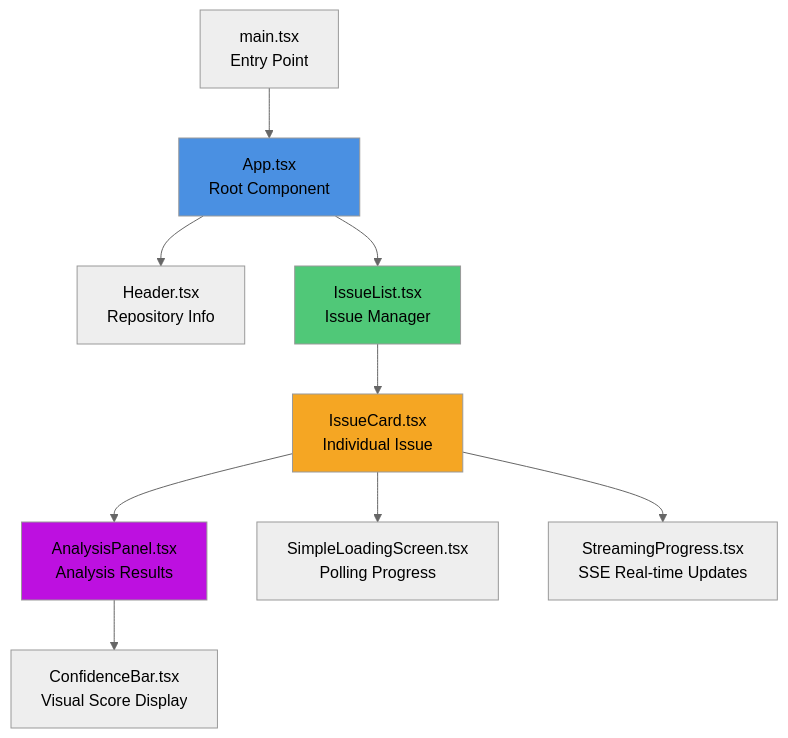
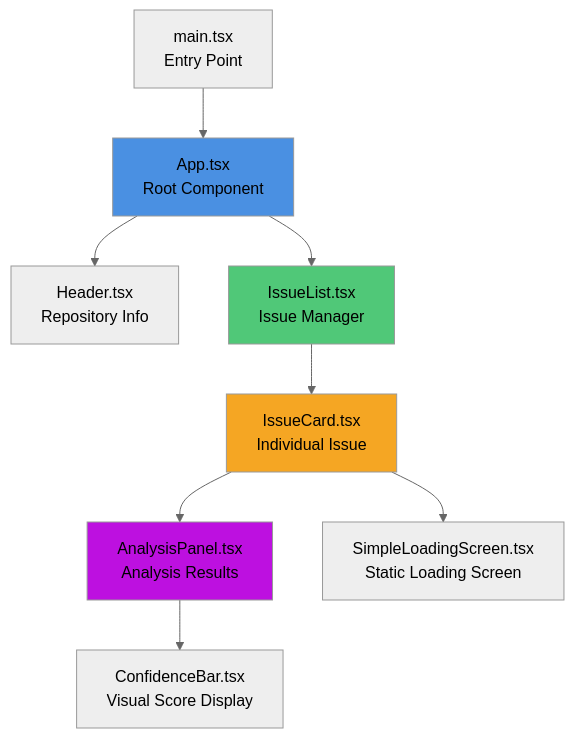
Before and after one commit to haider-toha/devin-take-home: the second of 7 diagrams in README.md, drawn with Mermaid (neutral theme). The commit also changed other lines of this file and 6 other files, not shown here.

````diff
--- a/README.md
+++ b/README.md
@@ -73,16 +73,15 @@
 ```mermaid
 graph TD
     A[main.tsx<br/>Entry Point] --> B[App.tsx<br/>Root Component]
     B --> C[Header.tsx<br/>Repository Info]
     B --> D[IssueList.tsx<br/>Issue Manager]
     D --> E[IssueCard.tsx<br/>Individual Issue]
     E --> F[AnalysisPanel.tsx<br/>Analysis Results]
-    E --> G[SimpleLoadingScreen.tsx<br/>Polling Progress]
-    E --> H[StreamingProgress.tsx<br/>SSE Real-time Updates]
-    F --> I[ConfidenceBar.tsx<br/>Visual Score Display]
+    E --> G[SimpleLoadingScreen.tsx<br/>Static Loading Screen]
+    F --> H[ConfidenceBar.tsx<br/>Visual Score Display]
 
     style B fill:#4a90e2
     style D fill:#50c878
     style E fill:#f5a623
     style F fill:#bd10e0
 ```
````
